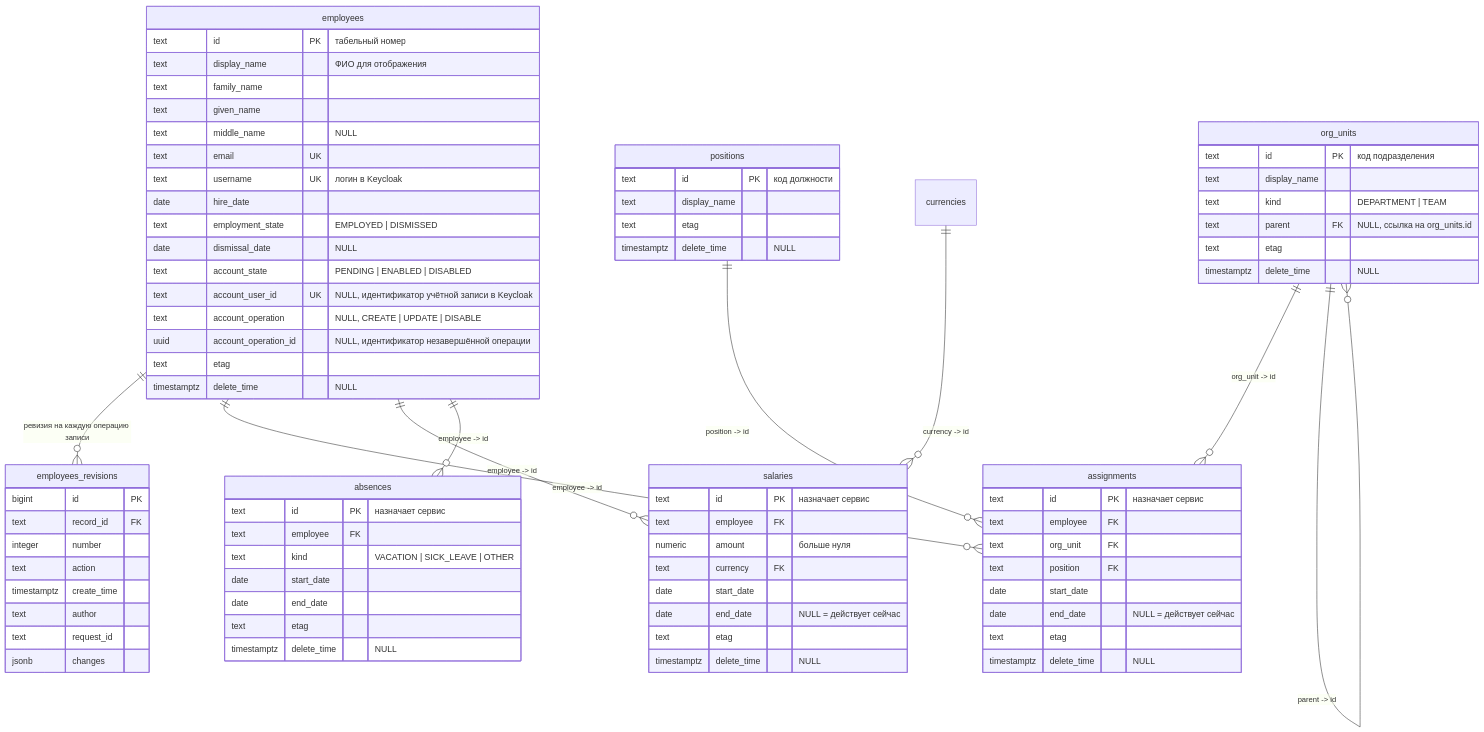
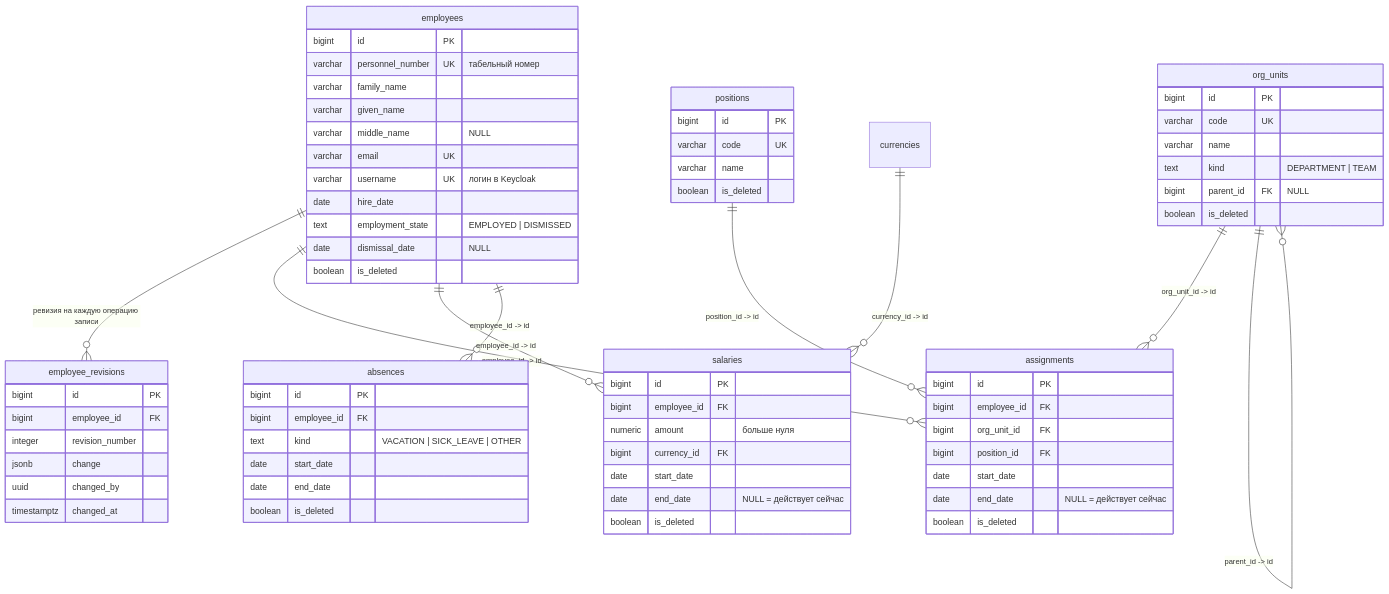
One commit to MEPhI-C22-501/arch-info-system-monorepo changed the second of 2 diagrams in reference-manager/documents/120.data-model.md. Above: the diagram before and after it, drawn with Mermaid. The commit also changed other lines of this file and 27 other files, not shown here.

````diff
--- a/reference-manager/documents/120.data-model.md
+++ b/reference-manager/documents/120.data-model.md
@@ -76,89 +87,79 @@
 ```mermaid
 erDiagram
-    employees ||--o{ employees_revisions : "ревизия на каждую операцию записи"
-    employees ||--o{ assignments : "employee -> id"
-    employees ||--o{ salaries : "employee -> id"
-    employees ||--o{ absences : "employee -> id"
-    org_units ||--o{ assignments : "org_unit -> id"
-    org_units ||--o{ org_units : "parent -> id"
-    positions ||--o{ assignments : "position -> id"
-    currencies ||--o{ salaries : "currency -> id"
+    employees ||--o{ employee_revisions : "ревизия на каждую операцию записи"
+    employees ||--o{ assignments : "employee_id -> id"
+    employees ||--o{ salaries : "employee_id -> id"
+    employees ||--o{ absences : "employee_id -> id"
+    org_units ||--o{ assignments : "org_unit_id -> id"
+    org_units ||--o{ org_units : "parent_id -> id"
+    positions ||--o{ assignments : "position_id -> id"
+    currencies ||--o{ salaries : "currency_id -> id"
 
     employees {
-        text id PK "табельный номер"
-        text display_name "ФИО для отображения"
-        text family_name
-        text given_name
-        text middle_name "NULL"
-        text email UK
-        text username UK "логин в Keycloak"
+        bigint id PK
+        varchar personnel_number UK "табельный номер"
+        varchar family_name
+        varchar given_name
+        varchar middle_name "NULL"
+        varchar email UK
+        varchar username UK "логин в Keycloak"
         date hire_date
         text employment_state "EMPLOYED | DISMISSED"
         date dismissal_date "NULL"
-        text account_state "PENDING | ENABLED | DISABLED"
-        text account_user_id UK "NULL, идентификатор учётной записи в Keycloak"
-        text account_operation "NULL, CREATE | UPDATE | DISABLE"
-        uuid account_operation_id "NULL, идентификатор незавершённой операции"
-        text etag
-        timestamptz delete_time "NULL"
+        boolean is_deleted
     }
 
-    employees_revisions {
+    employee_revisions {
         bigint id PK
-        text record_id FK
-        integer number
-        text action
-        timestamptz create_time
-        text author
-        text request_id
-        jsonb changes
+        bigint employee_id FK
+        integer revision_number
+        jsonb change
+        uuid changed_by
+        timestamptz changed_at
     }
 
     org_units {
-        text id PK "код подразделения"
-        text display_name
+        bigint id PK
+        varchar code UK
+        varchar name
         text kind "DEPARTMENT | TEAM"
-        text parent FK "NULL, ссылка на org_units.id"
-        text etag
-        timestamptz delete_time "NULL"
+        bigint parent_id FK "NULL"
+        boolean is_deleted
     }
 
     positions {
-        text id PK "код должности"
-        text display_name
-        text etag
-        timestamptz delete_time "NULL"
+        bigint id PK
+        varchar code UK
+        varchar name
+        boolean is_deleted
     }
 
     assignments {
-        text id PK "назначает сервис"
-        text employee FK
-        text org_unit FK
-        text position FK
+        bigint id PK
+        bigint employee_id FK
+        bigint org_unit_id FK
+        bigint position_id FK
         date start_date
         date end_date "NULL = действует сейчас"
-        text etag
-        timestamptz delete_time "NULL"
+        boolean is_deleted
     }
 
     salaries {
-        text id PK "назначает сервис"
-        text employee FK
+        bigint id PK
+        bigint employee_id FK
         numeric amount "больше нуля"
-        text currency FK
+        bigint currency_id FK
         date start_date
         date end_date "NULL = действует сейчас"
-        text etag
-        timestamptz delete_time "NULL"
+        boolean is_deleted
     }
 
     absences {
-        text id PK "назначает сервис"
-        text employee FK
+        bigint id PK
+        bigint employee_id FK
         text kind "VACATION | SICK_LEAVE | OTHER"
         date start_date
         date end_date
-        text etag
-        timestamptz delete_time "NULL"
+        boolean is_deleted
     }
 ```
````
